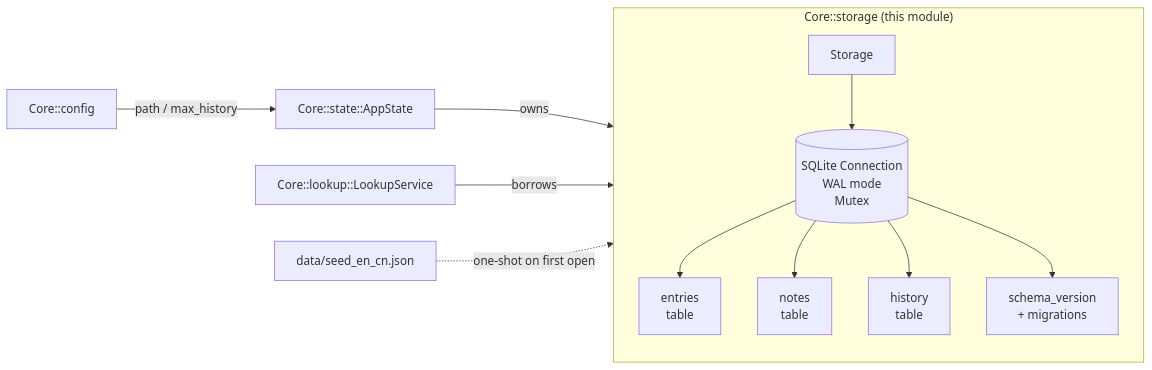
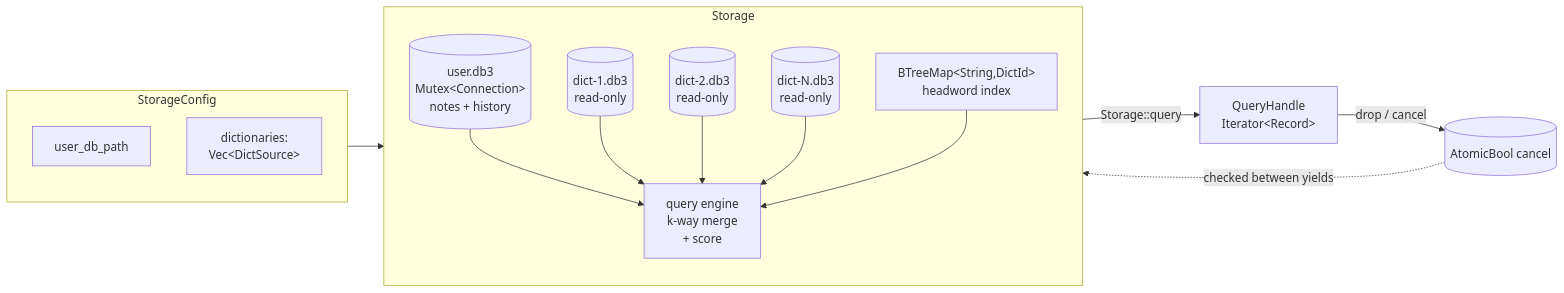
The first of 3 diagrams in Core/src/storage/.design.md (DexterDreeeam/EasyEnglish), drawn with Mermaid before and after one commit. The commit also changed other lines of this file and 2 other files, not shown here.

First line of the commit message:
docs(core): storage v2 - fuzzy/cancellable/streaming + Record enum + multi-dict

````diff
--- a/Core/src/storage/.design.md
+++ b/Core/src/storage/.design.md
@@ -57,22 +51,27 @@
 ```mermaid
 flowchart LR
-    subgraph storage["Core::storage  (this module)"]
-        direction TB
-        S[Storage]
-        Conn[(SQLite Connection<br/>WAL mode<br/>Mutex)]
-        Dict[entries<br/>table]
-        Notes[notes<br/>table]
-        Hist[history<br/>table]
-        Mig[schema_version<br/>+ migrations]
-        S --> Conn
-        Conn --> Dict
-        Conn --> Notes
-        Conn --> Hist
-        Conn --> Mig
+    subgraph cfg["StorageConfig"]
+        UD[user_db_path]
+        DLIST["dictionaries:<br/>Vec&lt;DictSource&gt;"]
     end
 
-    Config[Core::config] -->|path / max_history| Caller
-    Caller[Core::state::AppState] -->|owns| S
-    Look[Core::lookup::LookupService] -->|borrows| S
-    Seed[data/seed_en_cn.json] -. one-shot on first open .-> S
+    subgraph storage["Storage"]
+        direction TB
+        UC[(user.db3<br/>Mutex&lt;Connection&gt;<br/>notes + history)]
+        D1[(dict-1.db3<br/>read-only)]
+        D2[(dict-2.db3<br/>read-only)]
+        DN[(dict-N.db3<br/>read-only)]
+        Hw[BTreeMap&lt;String,DictId&gt;<br/>headword index]
+        Engine[query engine<br/>k-way merge<br/>+ score]
+        UC --> Engine
+        D1 --> Engine
+        D2 --> Engine
+        DN --> Engine
+        Hw --> Engine
+    end
+
+    cfg --> storage
+    storage -->|Storage::query| QH[QueryHandle<br/>Iterator&lt;Record&gt;]
+    QH -->|drop / cancel| Tok[(AtomicBool cancel)]
+    Tok -. checked between yields .-> Engine
 ```
````
